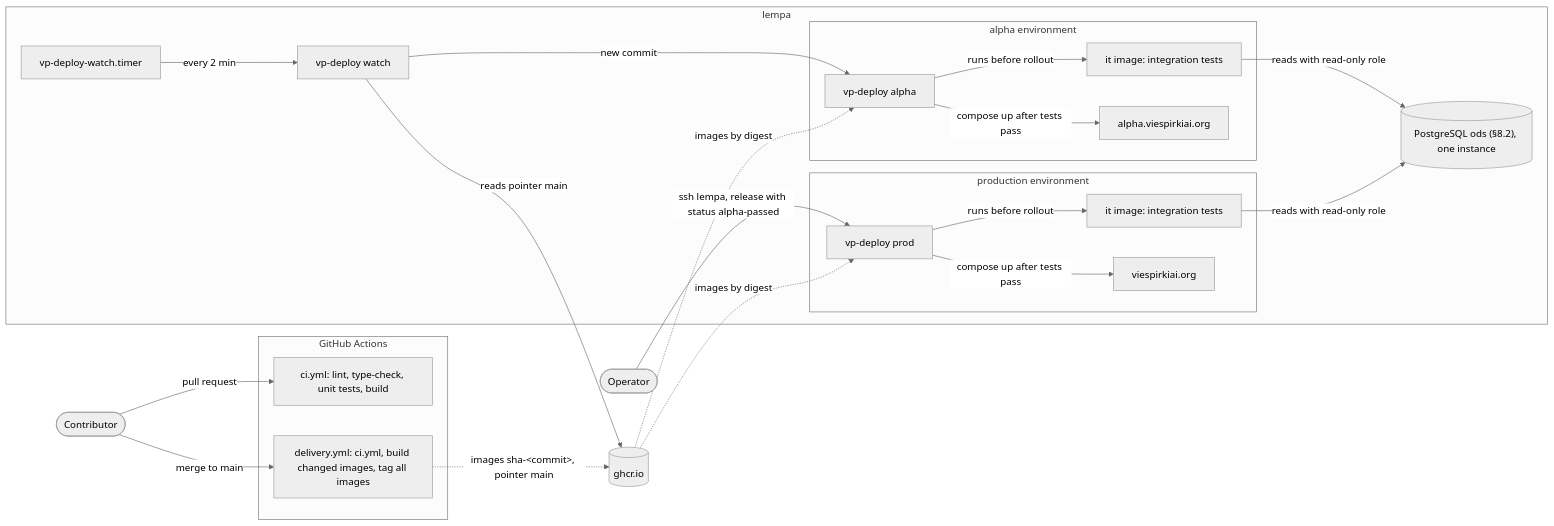
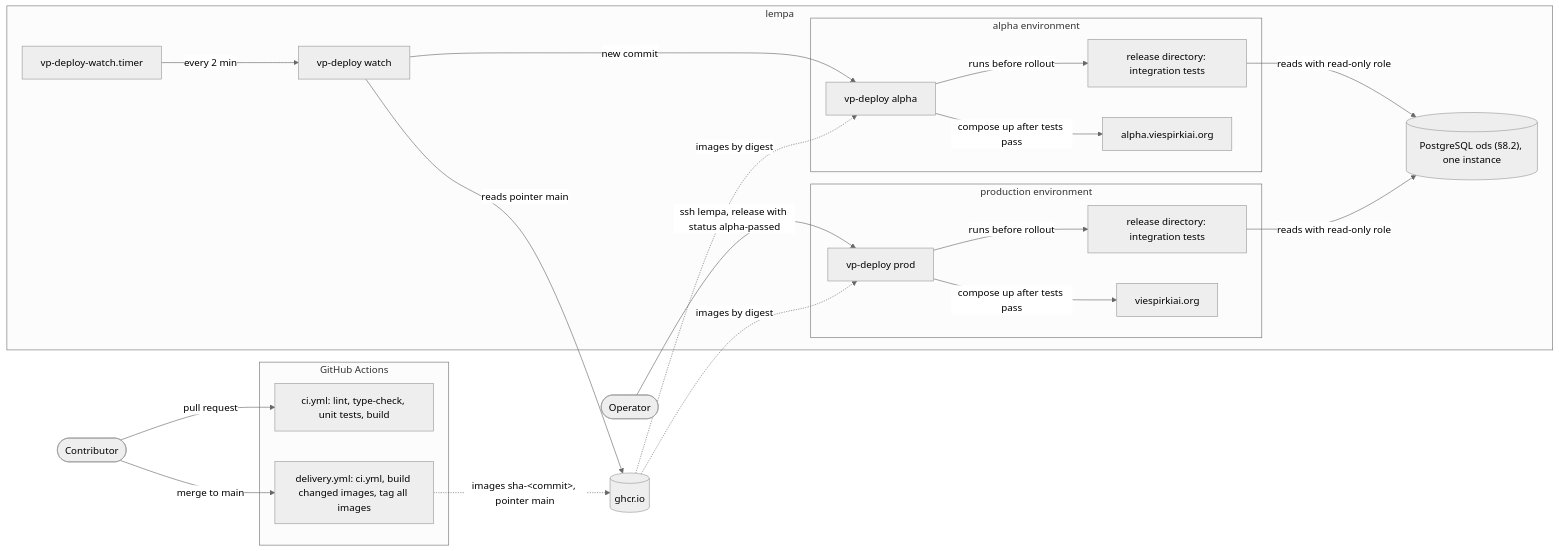
Before and after one commit to Viespirkiu-grupe/viespirkiai: the fifth of 8 diagrams in docs/architecture/architecture-upgrade.md, drawn with Mermaid (neutral theme). The commit also changed other lines of this file, not shown here.

````diff
--- a/docs/architecture/architecture-upgrade.md
+++ b/docs/architecture/architecture-upgrade.md
@@ -991,44 +894,44 @@
 ```mermaid
 flowchart LR
     Contributor(["Contributor"])
     Operator(["Operator"])
 
     subgraph gha["GitHub Actions"]
         ci["ci.yml: lint, type-check, unit tests, build"]
         delivery["delivery.yml: ci.yml, build changed images, tag all images"]
     end
 
     ghcr[("ghcr.io")]
 
     subgraph lempa["lempa"]
         timer["vp-deploy-watch.timer"]
         watch["vp-deploy watch"]
         subgraph alphaenv["alpha environment"]
             alphadeploy["vp-deploy alpha"]
-            alphait["it image: integration tests"]
+            alphait["release directory: integration tests"]
             alphaapps["alpha.viespirkiai.org"]
         end
         subgraph prodenv["production environment"]
             proddeploy["vp-deploy prod"]
-            prodit["it image: integration tests"]
+            prodit["release directory: integration tests"]
             prodapps["viespirkiai.org"]
         end
         ods[("PostgreSQL ods (§8.2), one instance")]
     end
 
     Contributor -->|pull request| ci
     Contributor -->|merge to main| delivery
     delivery -.->|" images sha-#lt;commit#gt;, pointer main "| ghcr
     timer -->|every 2 min| watch
     watch -->|reads pointer main| ghcr
     watch -->|new commit| alphadeploy
     ghcr -.->|images by digest| alphadeploy
     alphadeploy -->|runs before rollout| alphait
     alphait -->|reads with read-only role| ods
     alphadeploy -->|compose up after tests pass| alphaapps
     Operator -->|ssh lempa, release with status alpha-passed| proddeploy
     ghcr -.->|images by digest| proddeploy
     proddeploy -->|runs before rollout| prodit
     prodit -->|reads with read-only role| ods
     proddeploy -->|compose up after tests pass| prodapps
 ```
````
